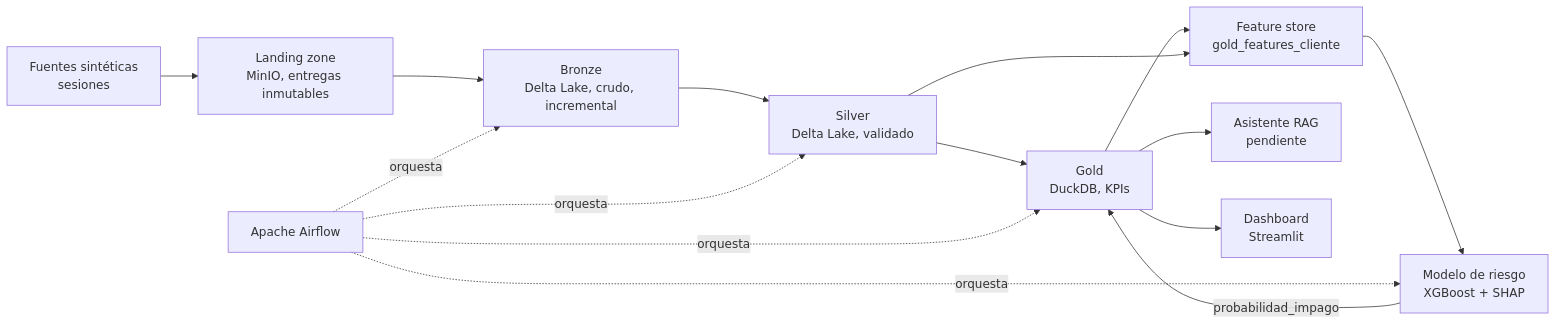
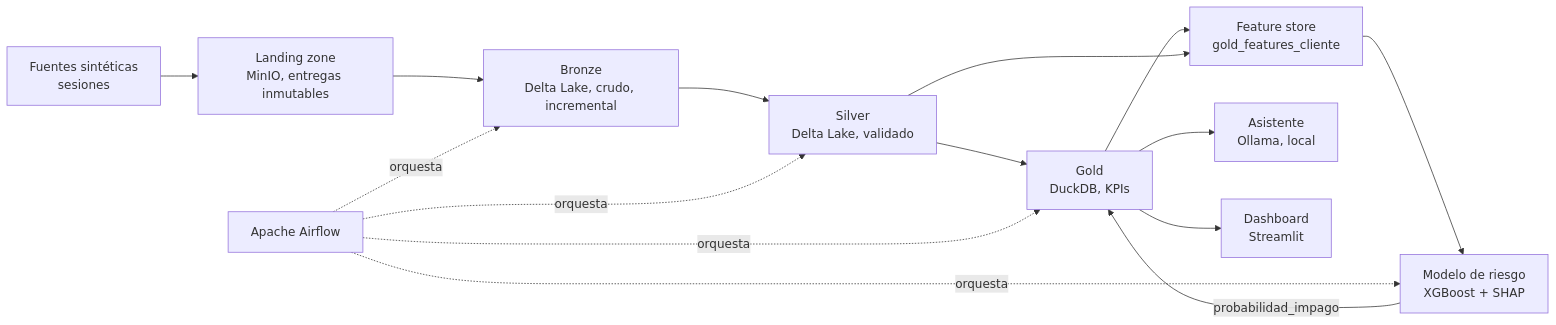
The diagram in README.md (nox-sudo/digital-twin-bbva), drawn with Mermaid before and after one commit. The commit also changed other lines of this file and 2 other files, not shown here.

Commit message:
docs: asistente en el README, instalacion de Ollama y decisiones

````diff
--- a/README.md
+++ b/README.md
@@ -36,18 +36,18 @@
 ```mermaid
 flowchart LR
     A[Fuentes sintéticas<br/>sesiones] --> L[Landing zone<br/>MinIO, entregas inmutables]
     L --> B[Bronze<br/>Delta Lake, crudo, incremental]
     B --> C[Silver<br/>Delta Lake, validado]
     C --> D[Gold<br/>DuckDB, KPIs]
     D --> FS[Feature store<br/>gold_features_cliente]
     C --> FS
     FS --> E[Modelo de riesgo<br/>XGBoost + SHAP]
     E -->|probabilidad_impago| D
-    D --> F[Asistente RAG<br/>pendiente]
+    D --> F[Asistente<br/>Ollama, local]
     D --> G[Dashboard<br/>Streamlit]
 
     H[Apache Airflow] -.orquesta.-> B
     H -.orquesta.-> C
     H -.orquesta.-> D
     H -.orquesta.-> E
 ```
````
